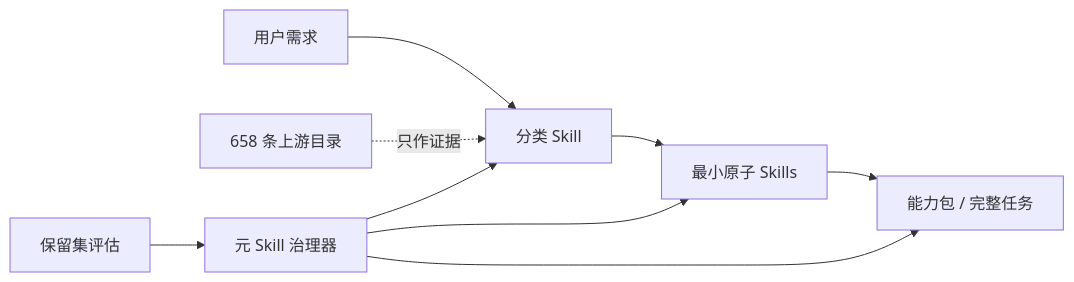
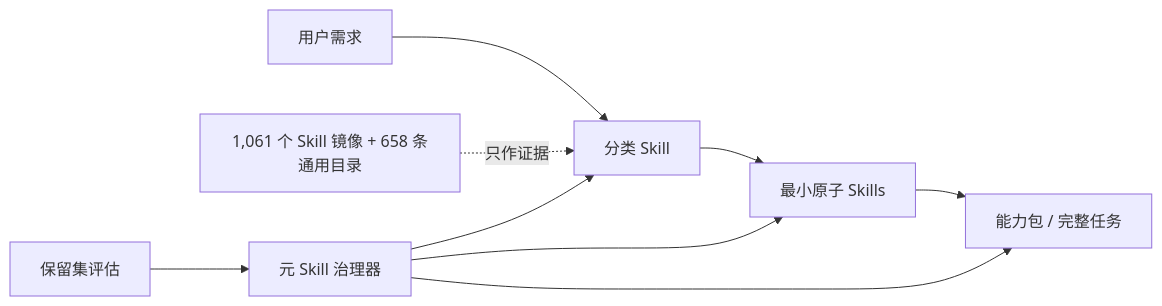
One commit to WnagoiYy/skillpack-one changed the diagram in README.zh-CN.md. Above: the diagram before and after it, drawn with Mermaid. The commit also changed other lines of this file and 442 other files, not shown here.

````diff
--- a/README.zh-CN.md
+++ b/README.zh-CN.md
@@ -15,11 +15,11 @@
 ```mermaid
 flowchart LR
     R[用户需求] --> C[分类 Skill]
     C --> A[最小原子 Skills]
     A --> P[能力包 / 完整任务]
-    U[658 条上游目录] -. 只作证据 .-> C
+    U[1,061 个 Skill 镜像 + 658 条通用目录] -. 只作证据 .-> C
     M[元 Skill 治理器] --> C
     M --> A
     M --> P
     E[保留集评估] --> M
 ```
````
